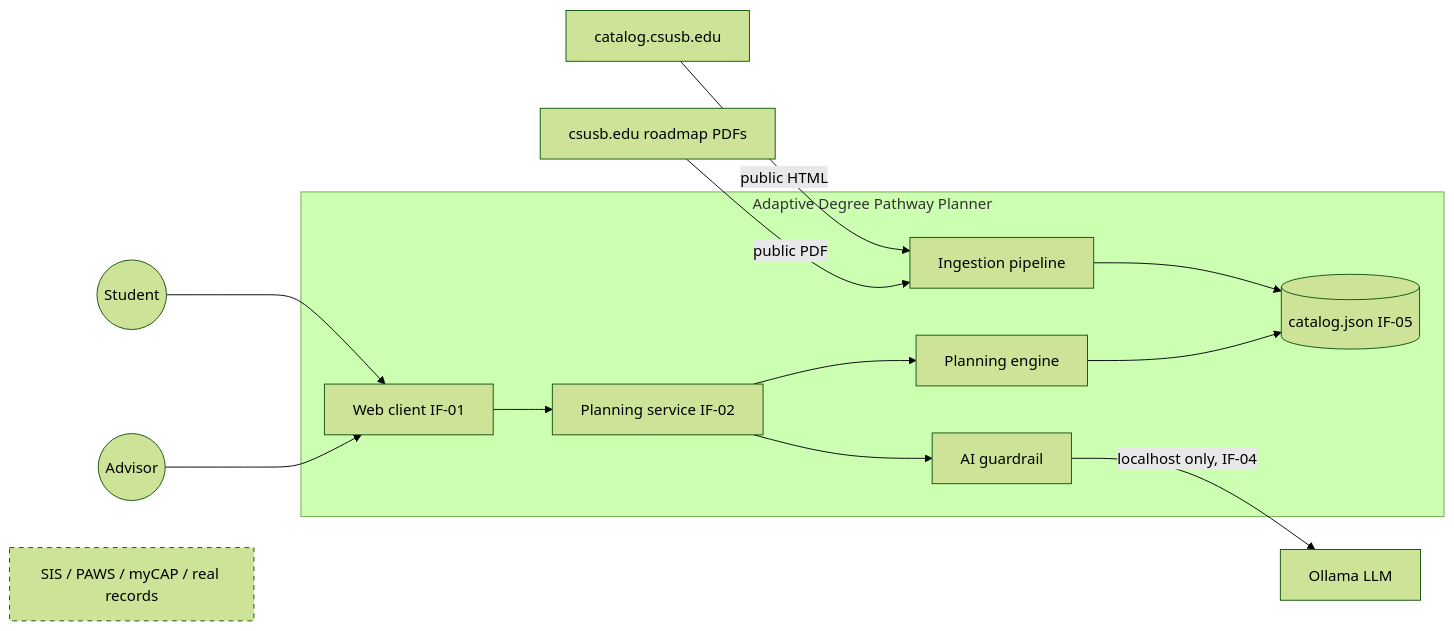
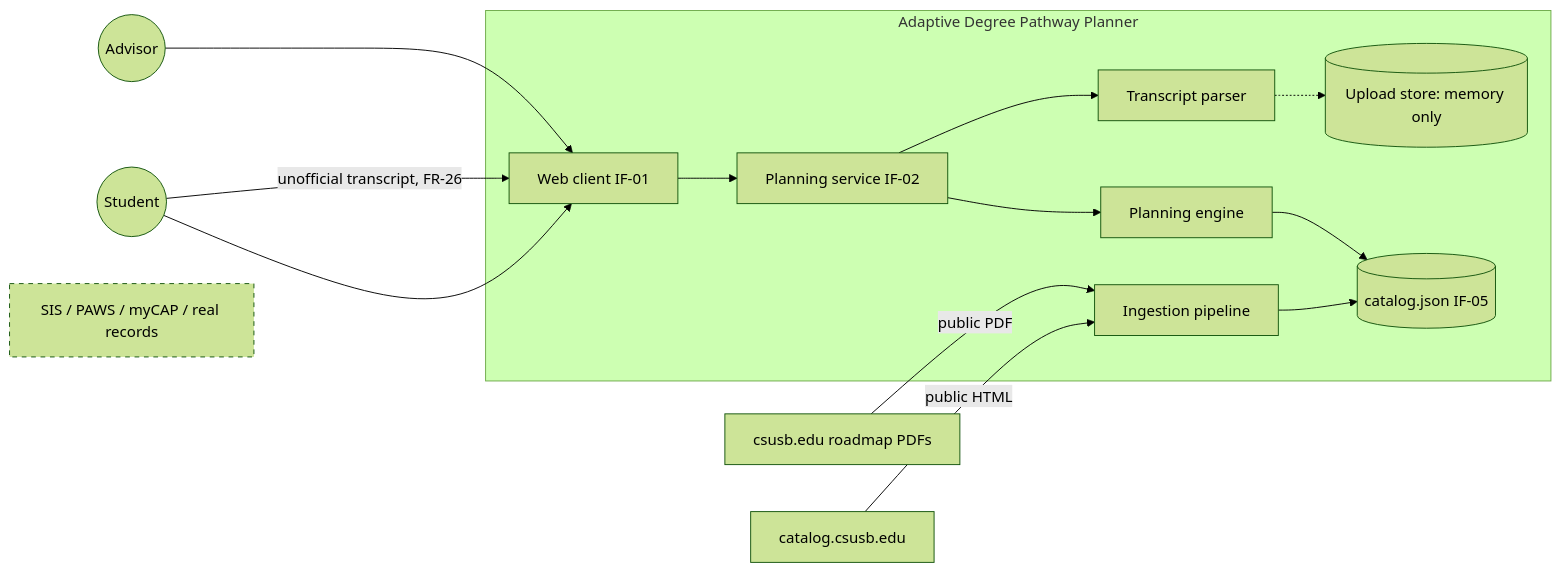
The first of 7 diagrams in docs/02-models-architecture/design.md (DakodaStemen/team3-mockup), drawn with Mermaid (forest theme) before and after one commit. The commit also changed other lines of this file and 38 other files, not shown here.

First line of the commit message:
Remove the LLM guardrail, audit and update all documentation

````diff
--- a/docs/02-models-architecture/design.md
+++ b/docs/02-models-architecture/design.md
@@ -29,17 +35,18 @@
 ```mermaid
 flowchart LR
   subgraph Planner [Adaptive Degree Pathway Planner]
     UI[Web client IF-01] --> API[Planning service IF-02]
     API --> ENG[Planning engine]
-    API --> GR[AI guardrail]
+    API --> TR[Transcript parser]
+    TR -.-> MEM[(Upload store: memory only)]
     ING[Ingestion pipeline] --> DATA[(catalog.json IF-05)]
     ENG --> DATA
   end
   Student((Student)) --> UI
+  Student -->|unofficial transcript, FR-26| UI
   Advisor((Advisor)) --> UI
   CAT[catalog.csusb.edu] -->|public HTML| ING
   RM[csusb.edu roadmap PDFs] -->|public PDF| ING
-  GR -->|localhost only, IF-04| OLL[Ollama LLM]
   SIS[SIS / PAWS / myCAP / real records]:::out
   classDef out stroke-dasharray: 5 5
 ```
````
